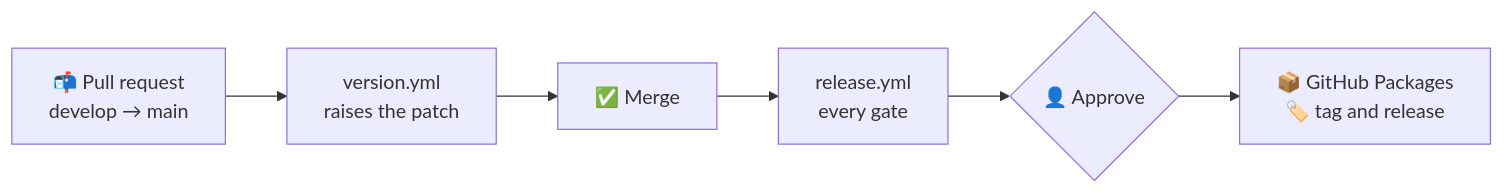
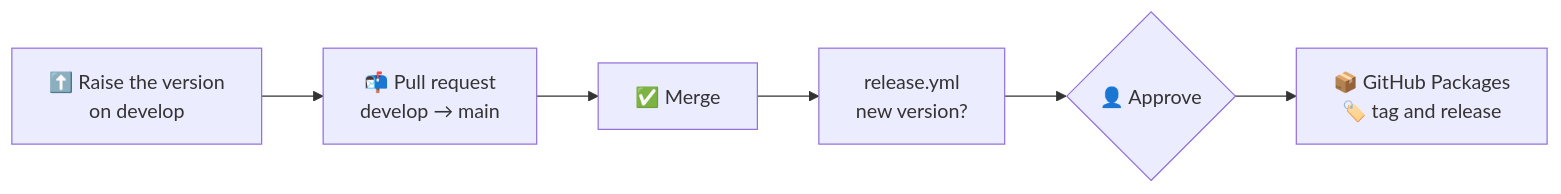
One commit to qeetgroup/qeetrix-android changed the fourth of 4 diagrams in CONTRIBUTING.md. Above: the diagram before and after it, drawn with Mermaid. The commit also changed other lines of this file and 8 other files, not shown here.

First line of the commit message:
ci: every check runs once, on develop; after a merge only the release runs

````diff
--- a/CONTRIBUTING.md
+++ b/CONTRIBUTING.md
@@ -120,8 +120,8 @@
 ```mermaid
 flowchart LR
-    A["📬 Pull request<br/>develop → main"] --> B["version.yml<br/>raises the patch"]
+    A["⬆️ Raise the version<br/>on develop"] --> B["📬 Pull request<br/>develop → main"]
     B --> C["✅ Merge"]
-    C --> D["release.yml<br/>every gate"]
+    C --> D["release.yml<br/>new version?"]
     D --> E{"👤 Approve"}
     E --> F["📦 GitHub Packages<br/>🏷️ tag and release"]
 ```
````
